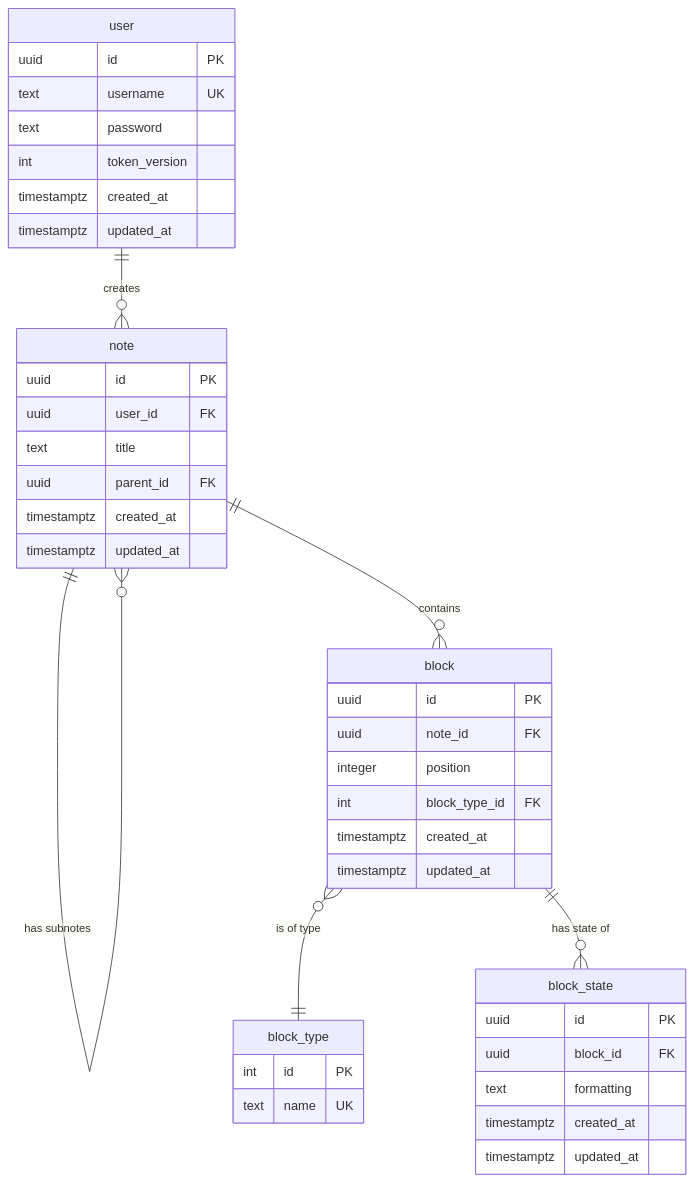
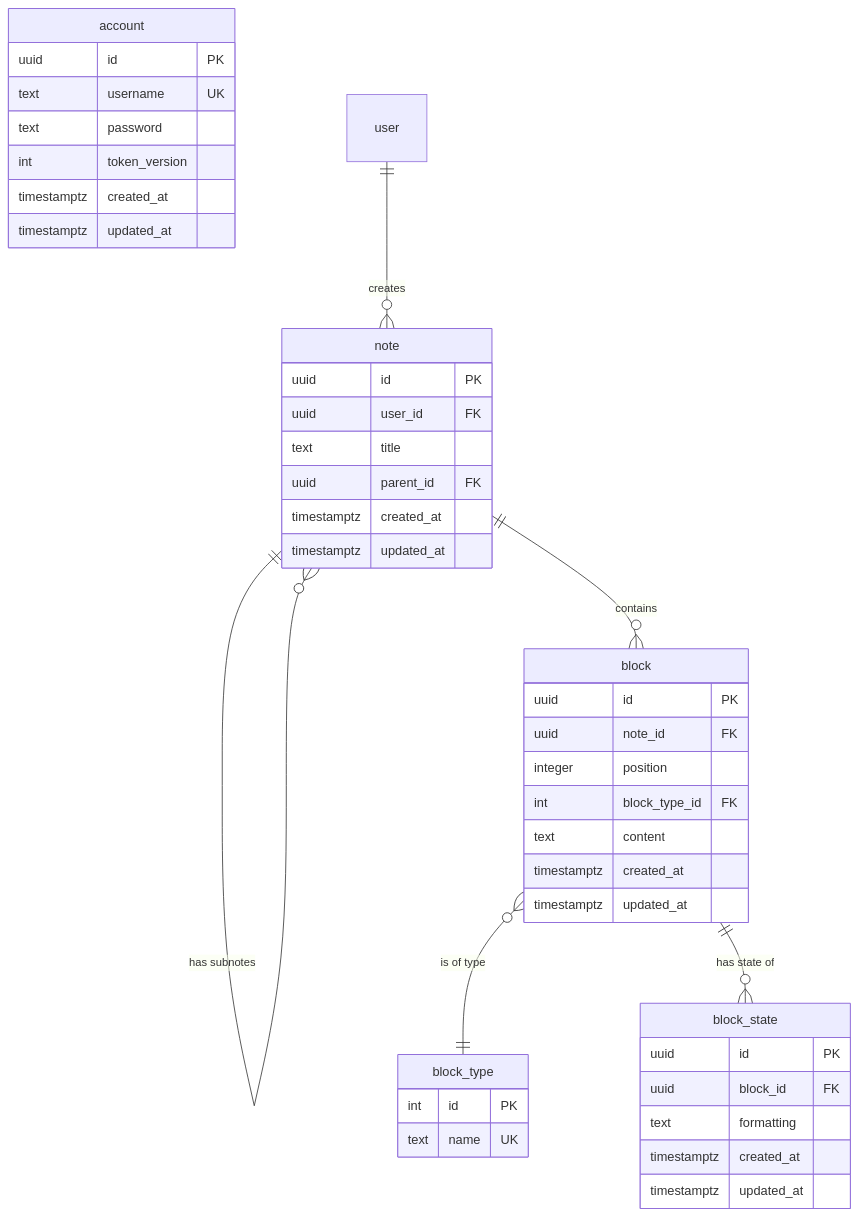
The diagram in normalized/ERdiagram.md (go-park-mail-ru/2026_1_WHITECROWSOFT), drawn with Mermaid before and after one commit. The commit also changed 1 other file, not shown here.

Commit message:
[fix] user->account, add content into block

````diff
--- a/normalized/ERdiagram.md
+++ b/normalized/ERdiagram.md
@@ -1,48 +1,49 @@
 ```mermaid
 erDiagram
-    user {
+    account {
         uuid id PK
         text username UK
         text password
         int token_version
         timestamptz created_at
         timestamptz updated_at
     }
     
     note {
         uuid id PK
         uuid user_id FK
         text title
         uuid parent_id FK
         timestamptz created_at
         timestamptz updated_at
     }
     
     block {
         uuid id PK
         uuid note_id FK
         integer position
         int block_type_id FK
+        text content
         timestamptz created_at
         timestamptz updated_at
     }
 
     block_type {
         int id PK
         text name UK
     }
 
     block_state {
         uuid id PK
         uuid block_id FK
         text formatting
         timestamptz created_at
         timestamptz updated_at
     }
 
     user ||--o{ note : "creates"
     note ||--o{ note : "has subnotes"
     note ||--o{ block : "contains"
     block }o--|| block_type : "is of type"
     block ||--o{ block_state : "has state of"
 ```
````
